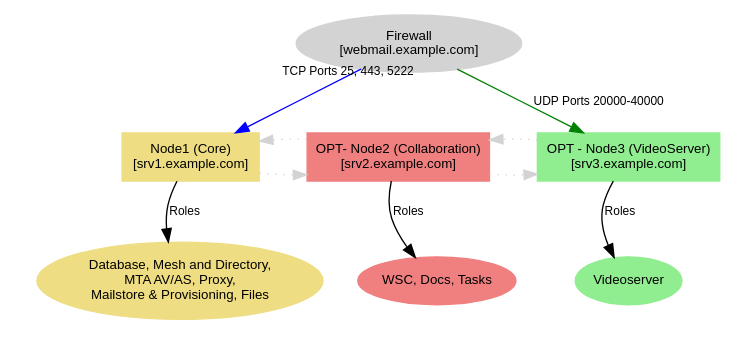
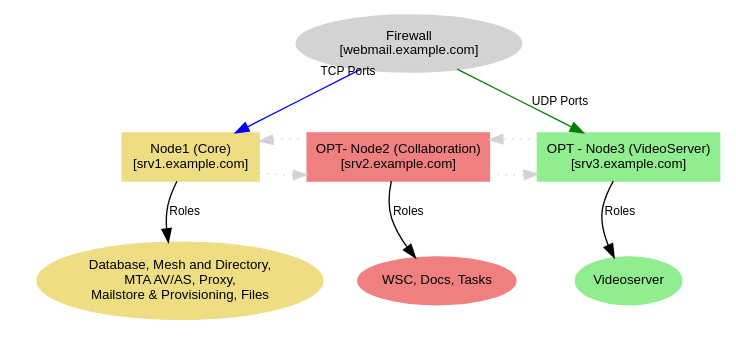
Before and after one commit to zextras/tech-doc: the diagram in source/carbonio/install/scenarios/single/single-server.dot, drawn with Graphviz. The commit also changed 3 other files, not shown here.

```diff
--- a/source/carbonio/install/scenarios/single/single-server.dot
+++ b/source/carbonio/install/scenarios/single/single-server.dot
@@ -1,64 +1,64 @@
 digraph NetworkWithPortForwarding {
     rankdir=TB;
     node [shape=box, style=filled, fontname="Arial", fontsize=10];
 
     // Firewall node
     "Firewall" [label="Firewall\n[webmail.example.com]", shape=ellipse, style=filled, color=lightgrey];
 
     // First Node: Hosting Database, Mesh and Directory, etc.
     "Node1 (Server)" [label="Node1 (Core)\n[srv1.example.com]", shape=box, style=filled, color=lightgoldenrod];
 
     subgraph cluster_roles_node1 {
         label = ""; // Remove default cluster label
         color = none; // Remove box boundary
 
         "RolesNode1" [label="Database, Mesh and Directory,\nMTA AV/AS, Proxy,\nMailstore & Provisioning, Files", 
                       shape=ellipse, style=filled, color=lightgoldenrod, fontname="Arial", fontsize=10];
     }
 
     // Second Node: Hosting WSC, Docs, and Tasks
     "Node2 (Server)" [label="OPT- Node2 (Collaboration)\n[srv2.example.com]", shape=box, style=filled, color=lightcoral];
 
     subgraph cluster_roles_node2 {
         label = ""; // Remove default cluster label
         color = none; // Remove box boundary
 
         "RolesNode2" [label="WSC, Docs, Tasks", 
                       shape=ellipse, style=filled, color=lightcoral, fontname="Arial", fontsize=10];
     }
 
     // Third Node: Hosting Videoserver
     "Node3 (Server)" [label="OPT - Node3 (VideoServer)\n[srv3.example.com]", shape=box, style=filled, color=lightgreen];
 
     subgraph cluster_roles_node3 {
         label = ""; // Remove default cluster label
         color = none; // Remove box boundary
 
         "RolesNode3" [label="Videoserver", 
                       shape=ellipse, style=filled, color=lightgreen, fontname="Arial", fontsize=10];
     }
 
     // Rank constraints to place Firewall above other nodes
     { rank=min; "Firewall"; }
     { rank=same; "Node1 (Server)"; "Node2 (Server)"; "Node3 (Server)"; }
 
     // Port forwarding arrows
-    "Firewall" -> "Node1 (Server)" [color=blue, taillabel="TCP Ports 25, 443, 5222", labeldistance=1, labelangle=-15, fontname="Arial", fontsize=9];
-    "Firewall" -> "Node3 (Server)" [label="UDP Ports 20000-40000", color=green, fontname="Arial", fontsize=9];
+    "Firewall" -> "Node1 (Server)" [color=blue, taillabel="TCP Ports", labeldistance=1, labelangle=-15, fontname="Arial", fontsize=9];
+    "Firewall" -> "Node3 (Server)" [label="UDP Ports", color=green, fontname="Arial", fontsize=9];
 
     // Connect nodes to their respective roles with visible edges
     "Node1 (Server)" -> "RolesNode1" [label="Roles", color=black, fontname="Arial", fontsize=9];
     "Node2 (Server)" -> "RolesNode2" [label="Roles", color=black, fontname="Arial", fontsize=9];
     "Node3 (Server)" -> "RolesNode3" [label="Roles", color=black, fontname="Arial", fontsize=9];
 
     // Network-like connections between nodes using dashed lines (corrected to directed edges)
     "Node1 (Server)" -> "Node2 (Server)" [style=dotted, color=lightgrey];
     "Node2 (Server)" -> "Node3 (Server)" [style=dotted, color=lightgrey];
     "Node3 (Server)" -> "Node2 (Server)" [style=dotted, color=lightgrey];
     "Node2 (Server)" -> "Node1 (Server)" [style=dotted, color=lightgrey];
 
     // Connect nodes to their respective roles (invisible links for structure)
     "Node1 (Server)" -> "RolesNode1" [style=invis];
     "Node2 (Server)" -> "RolesNode2" [style=invis];
     "Node3 (Server)" -> "RolesNode3" [style=invis];
 }
```
